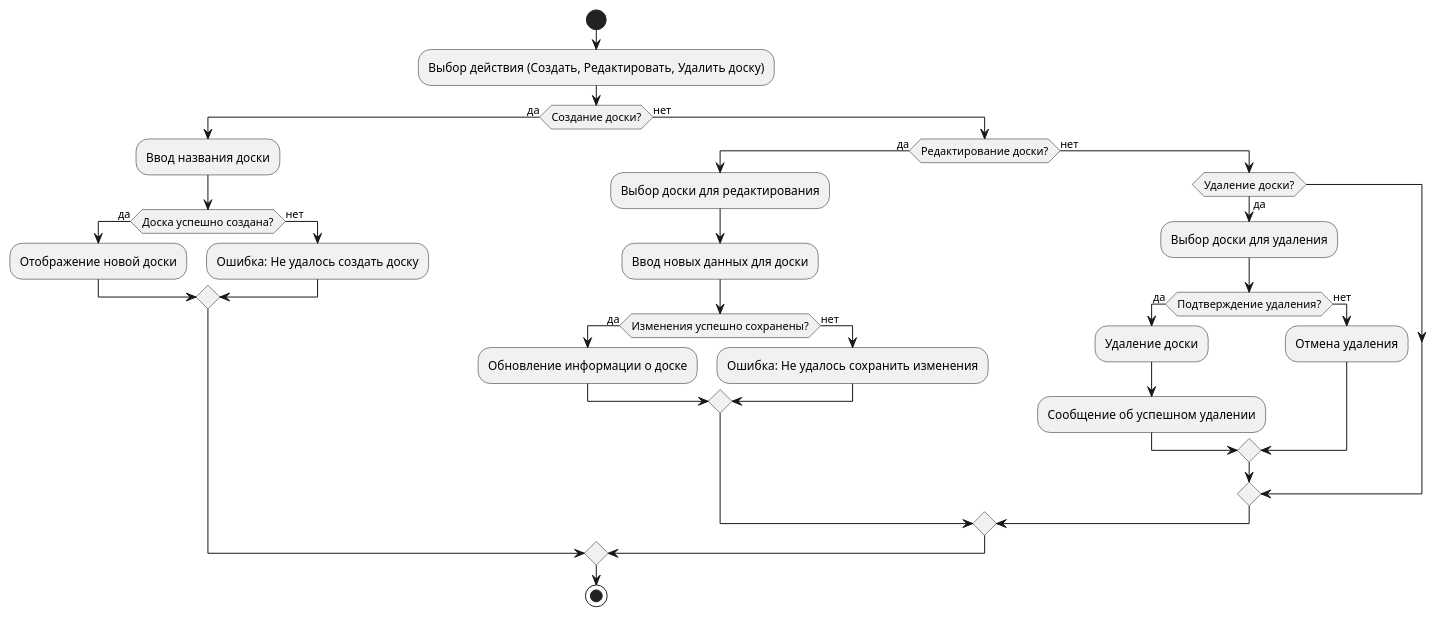
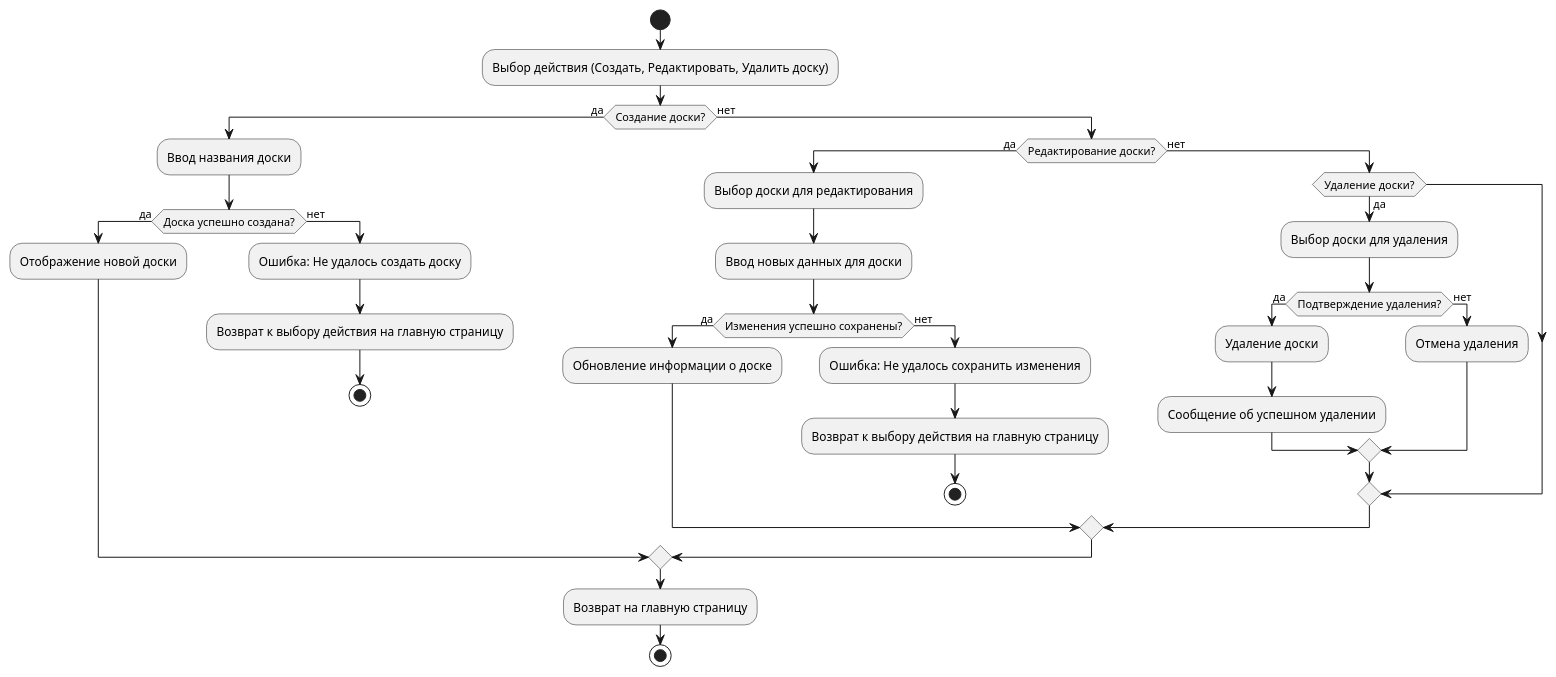
Before and after one commit to kemmed/KanbanApp: the diagram in doc/diagrams/BoardAD.puml, drawn with PlantUML. The commit also changed 36 other files, not shown here.

```diff
--- a/doc/diagrams/BoardAD.puml
+++ b/doc/diagrams/BoardAD.puml
@@ -1,36 +1,39 @@
 @startuml BoardAD
 start
 
 :Выбор действия (Создать, Редактировать, Удалить доску);
-
-if (Создание доски?) then (да)
-    :Ввод названия доски;
-    if (Доска успешно создана?) then (да)
-        :Отображение новой доски;
-    else (нет)
-        :Ошибка: Не удалось создать доску;
-    endif
-else (нет)
-    if (Редактирование доски?) then (да)
-        :Выбор доски для редактирования;
-        :Ввод новых данных для доски;
-        if (Изменения успешно сохранены?) then (да)
-            :Обновление информации о доске;
+    if (Создание доски?) then (да)
+        :Ввод названия доски;
+        if (Доска успешно создана?) then (да)
+            :Отображение новой доски;
         else (нет)
-            :Ошибка: Не удалось сохранить изменения;
+            :Ошибка: Не удалось создать доску;
+            :Возврат к выбору действия на главную страницу;
+            stop
         endif
     else (нет)
-        if (Удаление доски?) then (да)
-            :Выбор доски для удаления;
-            if (Подтверждение удаления?) then (да)
-                :Удаление доски;
-                :Сообщение об успешном удалении;
+        if (Редактирование доски?) then (да)
+            :Выбор доски для редактирования;
+            :Ввод новых данных для доски;
+            if (Изменения успешно сохранены?) then (да)
+                :Обновление информации о доске;
             else (нет)
-                :Отмена удаления;
+                :Ошибка: Не удалось сохранить изменения;
+                :Возврат к выбору действия на главную страницу;
+                stop
+            endif
+        else (нет)
+            if (Удаление доски?) then (да)
+                :Выбор доски для удаления;
+                if (Подтверждение удаления?) then (да)
+                    :Удаление доски;
+                    :Сообщение об успешном удалении;
+                else (нет)
+                    :Отмена удаления;
+                endif
             endif
         endif
     endif
-endif
-
+:Возврат на главную страницу;
 stop
 @enduml
```
